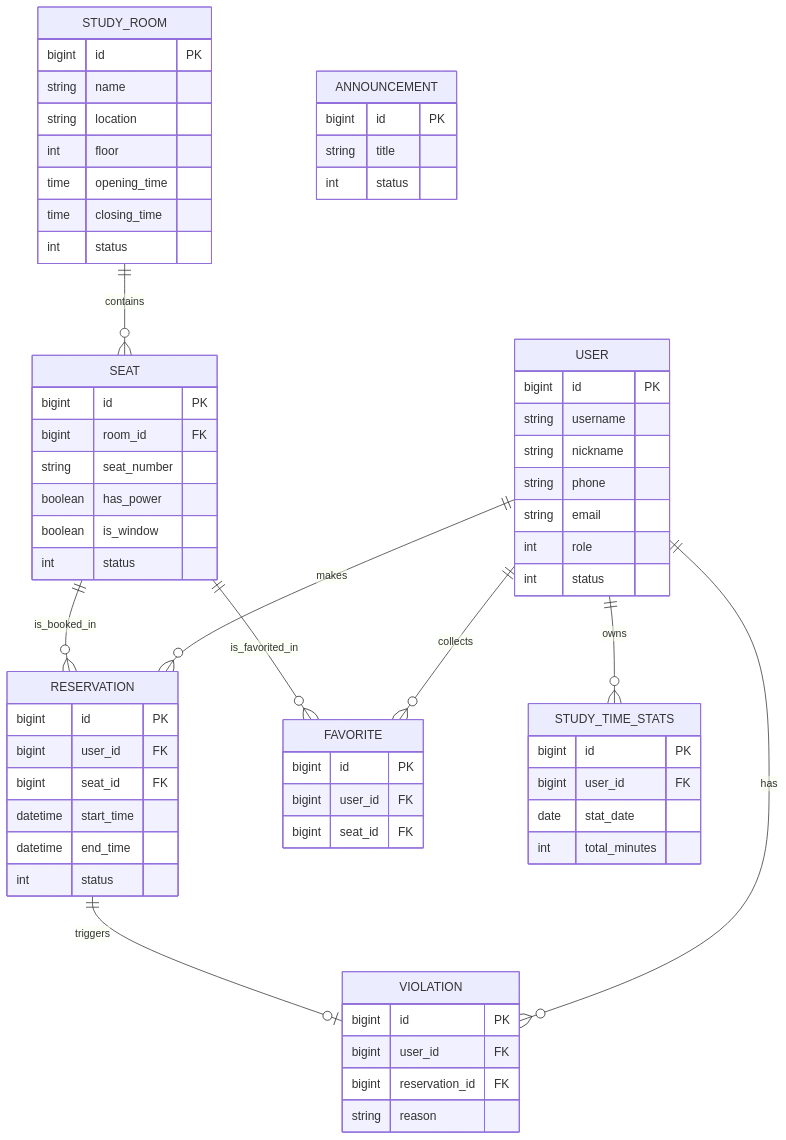
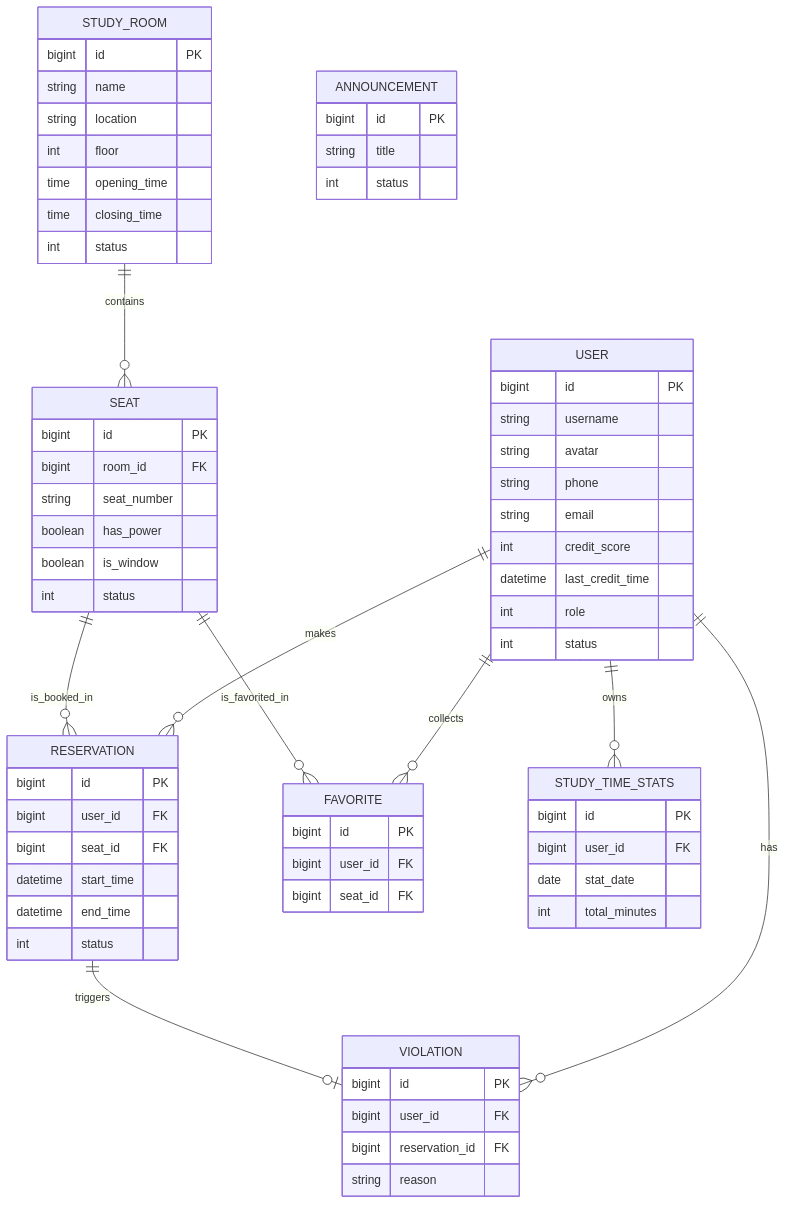
One commit to 2312190606/StudyRoom-Booking-System changed the third of 4 diagrams in docs/architecture.md. Above: the diagram before and after it, drawn with Mermaid. The commit also changed 17 other files, not shown here.

````diff
--- a/docs/architecture.md
+++ b/docs/architecture.md
@@ -107,78 +107,80 @@
 ```mermaid
 erDiagram
     USER ||--o{ RESERVATION : "makes"
     USER ||--o{ VIOLATION : "has"
     USER ||--o{ FAVORITE : "collects"
     USER ||--o{ STUDY_TIME_STATS : "owns"
     
     STUDY_ROOM ||--o{ SEAT : "contains"
     
     SEAT ||--o{ RESERVATION : "is_booked_in"
     SEAT ||--o{ FAVORITE : "is_favorited_in"
     
     RESERVATION ||--o| VIOLATION : "triggers"
 
     USER {
         bigint id PK
         string username
-        string nickname
+        string avatar
         string phone
         string email
+        int credit_score
+        datetime last_credit_time
         int role
         int status
     }
 
     STUDY_ROOM {
         bigint id PK
         string name
         string location
         int floor
         time opening_time
         time closing_time
         int status
     }
 
     SEAT {
         bigint id PK
         bigint room_id FK
         string seat_number
         boolean has_power
         boolean is_window
         int status
     }
 
     RESERVATION {
         bigint id PK
         bigint user_id FK
         bigint seat_id FK
         datetime start_time
         datetime end_time
         int status
     }
 
     VIOLATION {
         bigint id PK
         bigint user_id FK
         bigint reservation_id FK
         string reason
     }
 
     FAVORITE {
         bigint id PK
         bigint user_id FK
         bigint seat_id FK
     }
 
     STUDY_TIME_STATS {
         bigint id PK
         bigint user_id FK
         date stat_date
         int total_minutes
     }
 
     ANNOUNCEMENT {
         bigint id PK
         string title
         int status
     }
 ```
````
